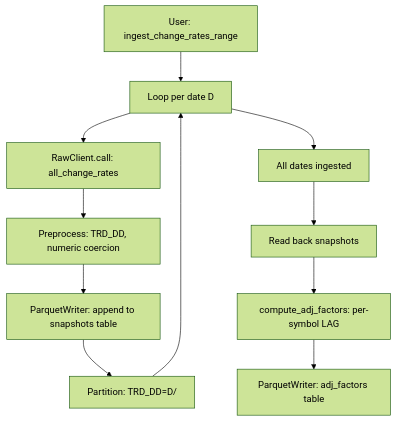
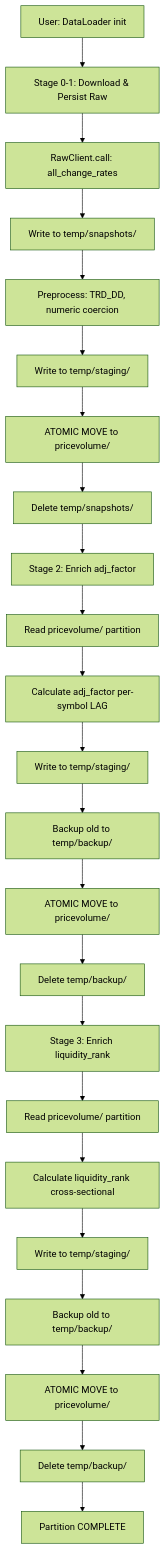
The ninth of 11 diagrams in docs/vibe_coding/architecture.md (jaepil-choi/krx-quant-dataloader), drawn with Mermaid (forest theme) before and after one commit. The commit also changed other lines of this file and 14 other files, not shown here.

````diff
--- a/docs/vibe_coding/architecture.md
+++ b/docs/vibe_coding/architecture.md
@@ -714,13 +809,25 @@
 ```mermaid
 flowchart TD
-    A[User: ingest_change_rates_range] --> B[Loop per date D]
+    A[User: DataLoader init] --> B[Stage 0-1: Download & Persist Raw]
     B --> C[RawClient.call: all_change_rates]
-    C --> D[Preprocess: TRD_DD, numeric coercion]
-    D --> E[ParquetWriter: append to snapshots table]
-    E --> F[Partition: TRD_DD=D/]
-    F --> B
-    B --> G[All dates ingested]
-    G --> H[Read back snapshots]
-    H --> I[compute_adj_factors: per-symbol LAG]
-    I --> J[ParquetWriter: adj_factors table]
+    C --> D[Write to temp/snapshots/]
+    D --> E[Preprocess: TRD_DD, numeric coercion]
+    E --> F[Write to temp/staging/]
+    F --> G[ATOMIC MOVE to pricevolume/]
+    G --> H[Delete temp/snapshots/]
+    H --> I[Stage 2: Enrich adj_factor]
+    I --> J[Read pricevolume/ partition]
+    J --> K[Calculate adj_factor per-symbol LAG]
+    K --> L[Write to temp/staging/]
+    L --> M[Backup old to temp/backup/]
+    M --> N[ATOMIC MOVE to pricevolume/]
+    N --> O[Delete temp/backup/]
+    O --> P[Stage 3: Enrich liquidity_rank]
+    P --> Q[Read pricevolume/ partition]
+    Q --> R[Calculate liquidity_rank cross-sectional]
+    R --> S[Write to temp/staging/]
+    S --> T[Backup old to temp/backup/]
+    T --> U[ATOMIC MOVE to pricevolume/]
+    U --> V[Delete temp/backup/]
+    V --> W[Partition COMPLETE]
 ```
````
